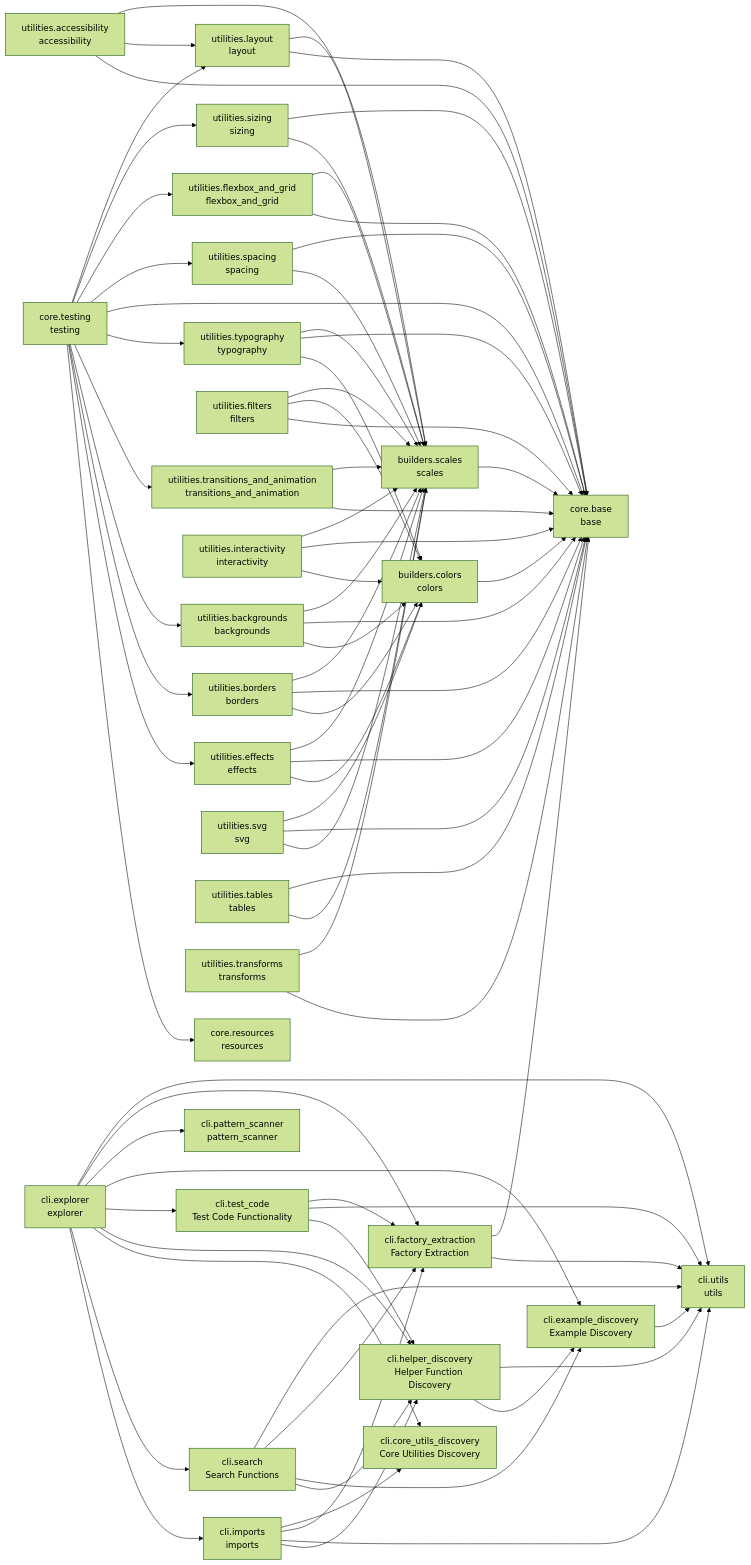
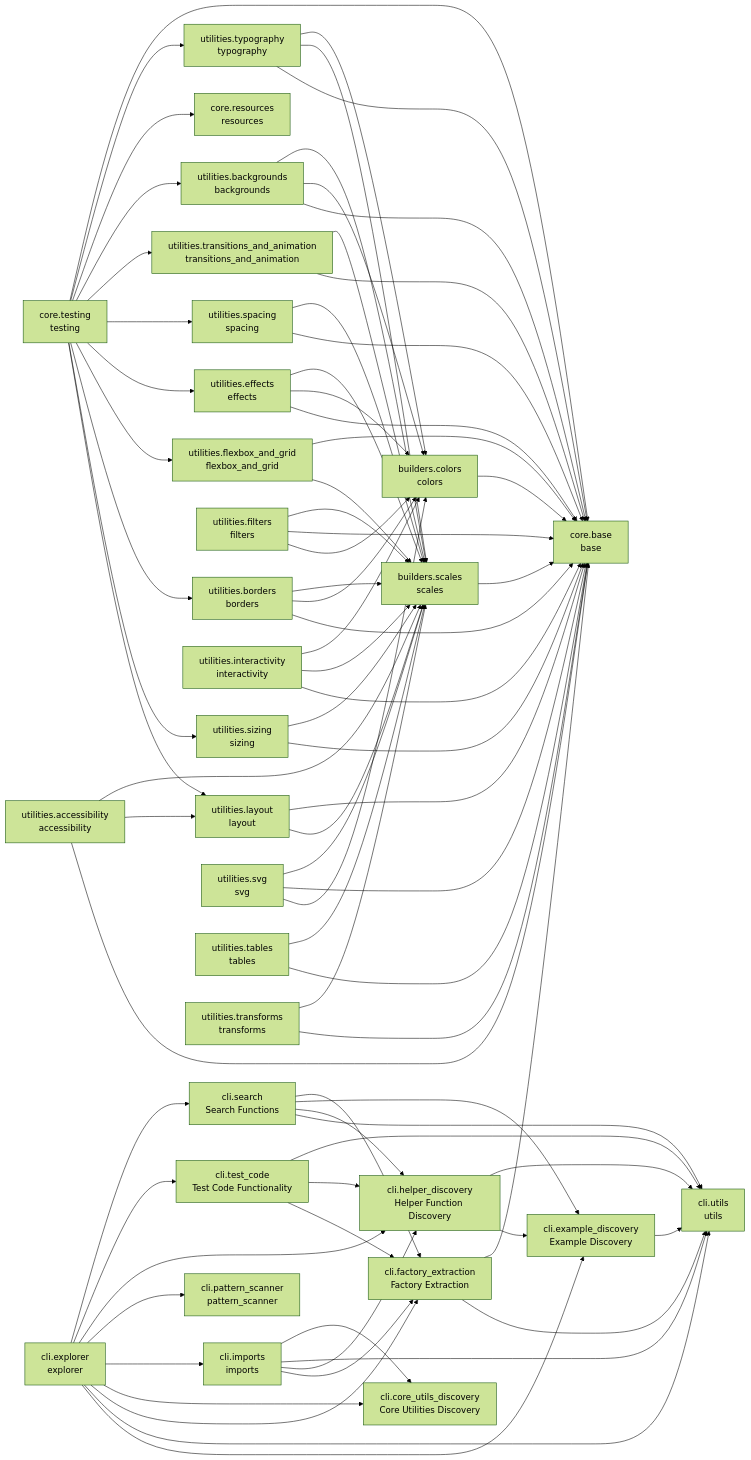
Before and after one commit to cj-mills/cjm-fasthtml-tailwind: the diagram in README.md, drawn with Mermaid (forest theme). The commit also changed other lines of this file and 3 other files, not shown here.

Commit message:
Update enums_to_simple_factory helper function.

````diff
--- a/README.md
+++ b/README.md
@@ -87,60 +87,60 @@
     builders_colors --> core_base
     builders_scales --> core_base
     cli_example_discovery --> cli_utils
+    cli_explorer --> cli_example_discovery
     cli_explorer --> cli_utils
     cli_explorer --> cli_factory_extraction
+    cli_explorer --> cli_core_utils_discovery
+    cli_explorer --> cli_imports
     cli_explorer --> cli_pattern_scanner
-    cli_explorer --> cli_example_discovery
+    cli_explorer --> cli_helper_discovery
     cli_explorer --> cli_test_code
-    cli_explorer --> cli_helper_discovery
-    cli_explorer --> cli_core_utils_discovery
     cli_explorer --> cli_search
-    cli_explorer --> cli_imports
+    cli_factory_extraction --> cli_utils
     cli_factory_extraction --> core_base
-    cli_factory_extraction --> cli_utils
+    cli_helper_discovery --> cli_example_discovery
     cli_helper_discovery --> cli_utils
-    cli_helper_discovery --> cli_example_discovery
+    cli_imports --> cli_factory_extraction
+    cli_imports --> cli_helper_discovery
+    cli_imports --> cli_utils
     cli_imports --> cli_core_utils_discovery
-    cli_imports --> cli_factory_extraction
-    cli_imports --> cli_utils
-    cli_imports --> cli_helper_discovery
     cli_search --> cli_utils
+    cli_search --> cli_helper_discovery
+    cli_search --> cli_example_discovery
     cli_search --> cli_factory_extraction
-    cli_search --> cli_example_discovery
-    cli_search --> cli_helper_discovery
     cli_test_code --> cli_factory_extraction
+    cli_test_code --> cli_helper_discovery
     cli_test_code --> cli_utils
-    cli_test_code --> cli_helper_discovery
     core_testing --> utilities_layout
     core_testing --> utilities_sizing
+    core_testing --> utilities_borders
     core_testing --> utilities_flexbox_and_grid
+    core_testing --> utilities_effects
     core_testing --> utilities_spacing
-    core_testing --> core_base
-    core_testing --> utilities_typography
     core_testing --> utilities_transitions_and_animation
     core_testing --> utilities_backgrounds
-    core_testing --> utilities_borders
-    core_testing --> utilities_effects
     core_testing --> core_resources
+    core_testing --> utilities_typography
+    core_testing --> core_base
+    utilities_accessibility --> core_base
+    utilities_accessibility --> utilities_layout
     utilities_accessibility --> builders_scales
-    utilities_accessibility --> utilities_layout
-    utilities_accessibility --> core_base
-    utilities_backgrounds --> builders_scales
     utilities_backgrounds --> core_base
     utilities_backgrounds --> builders_colors
-    utilities_borders --> builders_scales
+    utilities_backgrounds --> builders_scales
     utilities_borders --> core_base
     utilities_borders --> builders_colors
-    utilities_effects --> builders_scales
+    utilities_borders --> builders_scales
     utilities_effects --> core_base
     utilities_effects --> builders_colors
-    utilities_filters --> builders_scales
+    utilities_effects --> builders_scales
     utilities_filters --> builders_colors
     utilities_filters --> core_base
+    utilities_filters --> builders_scales
     utilities_flexbox_and_grid --> builders_scales
     utilities_flexbox_and_grid --> core_base
+    utilities_interactivity --> core_base
     utilities_interactivity --> builders_scales
-    utilities_interactivity --> core_base
     utilities_interactivity --> builders_colors
     utilities_layout --> builders_scales
     utilities_layout --> core_base
@@ -153,11 +153,11 @@
     utilities_svg --> builders_scales
     utilities_tables --> core_base
     utilities_tables --> builders_scales
+    utilities_transforms --> core_base
     utilities_transforms --> builders_scales
-    utilities_transforms --> core_base
+    utilities_transitions_and_animation --> core_base
     utilities_transitions_and_animation --> builders_scales
-    utilities_transitions_and_animation --> core_base
+    utilities_typography --> core_base
     utilities_typography --> builders_scales
-    utilities_typography --> core_base
     utilities_typography --> builders_colors
 ```
````
